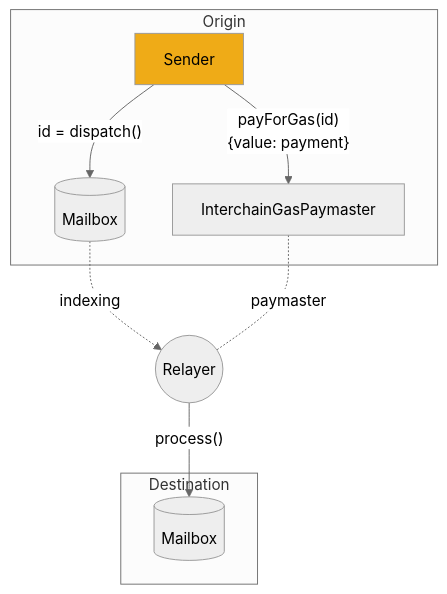
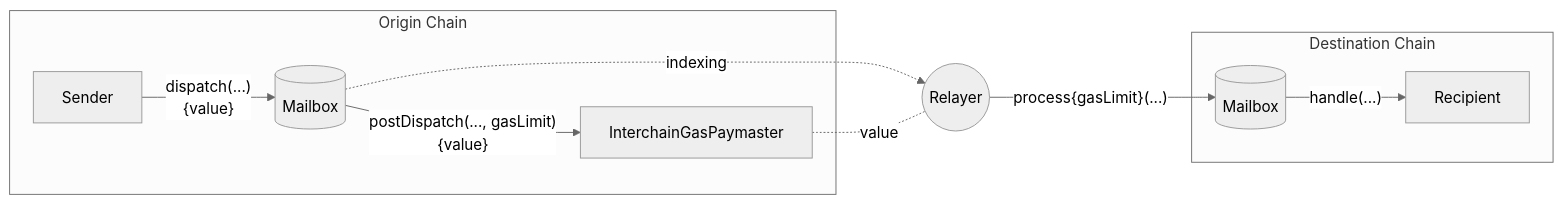
The diagram in docs/operate/overview-agents.mdx (hyperlane-xyz/v3-docs), drawn with Mermaid (neutral theme) before and after one commit. The commit also changed other lines of this file, not shown here.

Commit message:
validator overview section

````diff
--- a/docs/operate/overview-agents.mdx
+++ b/docs/operate/overview-agents.mdx
@@ -23,25 +32,22 @@
 ```mermaid
-flowchart TB
-    subgraph Origin
+flowchart LR
+    subgraph Origin Chain
       Sender
       M_O[(Mailbox)]
       IGP[InterchainGasPaymaster]
-      Sender -- "id = dispatch()" --> M_O
-      Sender -- "payForGas(id)\n{value: payment}" --> IGP
+      Sender -- "dispatch(...)\n{value}" --> M_O
+      M_O -- "postDispatch(..., gasLimit)\n{value}" --> IGP
     end
 
     Relayer((Relayer))
 
     M_O -. "indexing" .-> Relayer
-    IGP -. "paymaster" .- Relayer
+    IGP -. "value" .- Relayer
 
-    subgraph Destination
+    subgraph Destination Chain
       M_D[(Mailbox)]
+      M_D -- "handle(...)" --> Recipient
     end
 
-    Relayer -- "process()" --> M_D
-
-    style Sender fill:#efab17
-
-    click IGP https://github.com/hyperlane-xyz/hyperlane-monorepo/blob/main/solidity/contracts/igps/InterchainGasPaymaster.sol
+    Relayer -- "process{gasLimit}(...)" --> M_D
 ```
````
